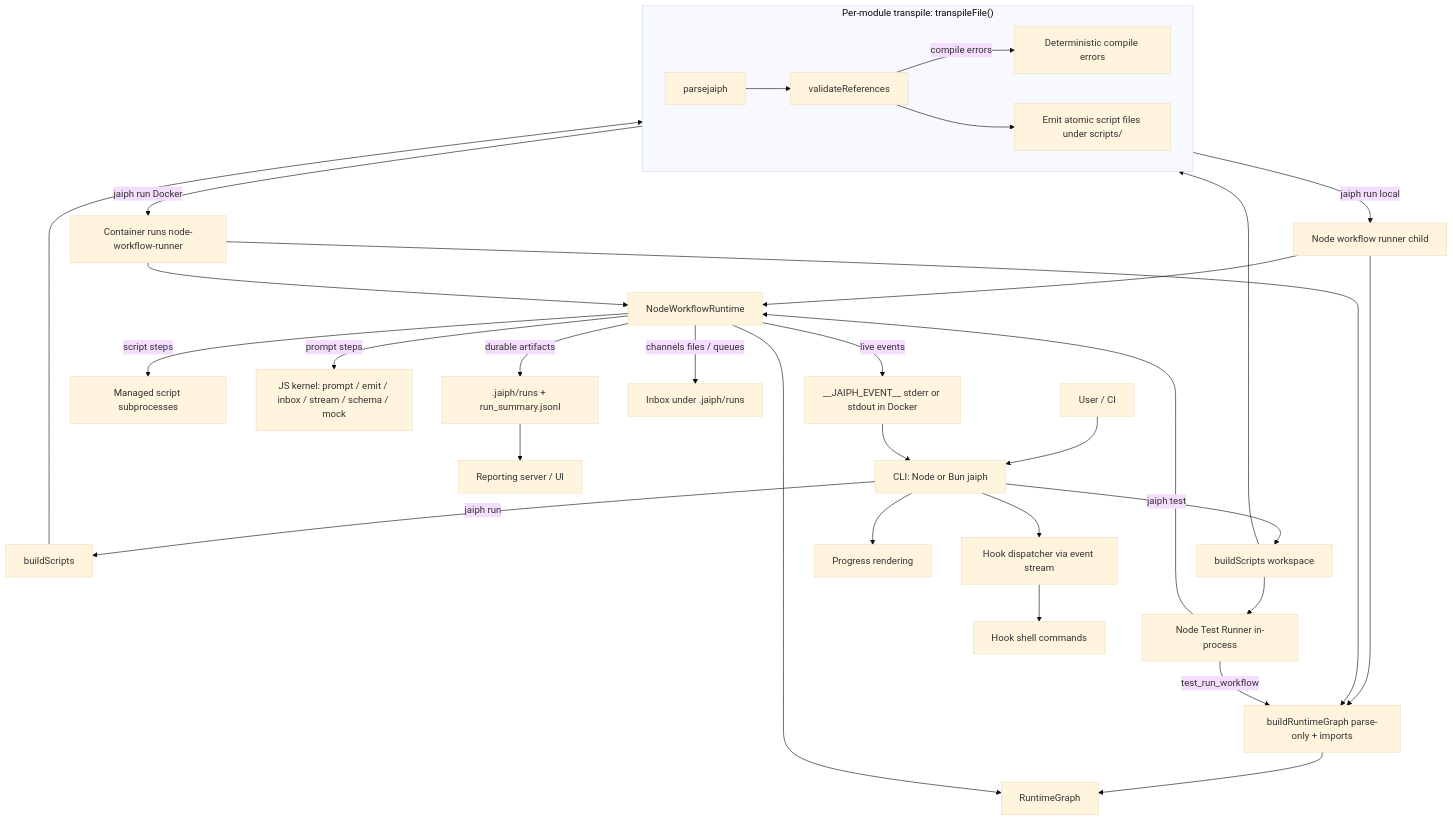
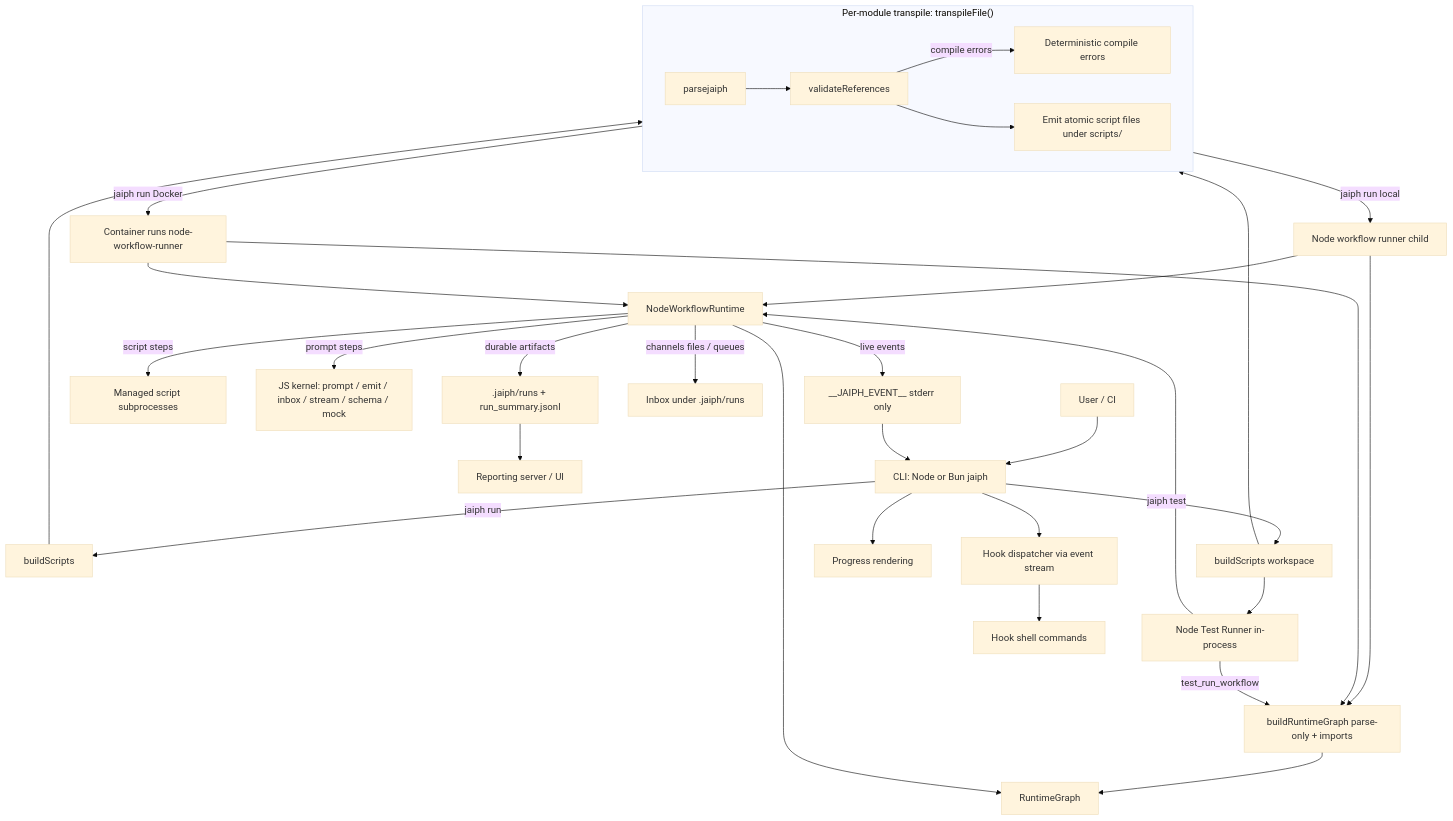
One commit to jaiphlang/jaiph changed the first of 3 diagrams in ARCHITECTURE.md. Above: the diagram before and after it, drawn with Mermaid (base theme). The commit also changed other lines of this file and 6 other files, not shown here.

First line of the commit message:
Refactor: Unify event channel to stderr-only for all run modes

````diff
--- a/ARCHITECTURE.md
+++ b/ARCHITECTURE.md
@@ -95,48 +95,48 @@
 ```mermaid
 flowchart TD
     U[User / CI] --> CLI[CLI: Node or Bun jaiph]
 
     subgraph Transpile["Per-module transpile: transpileFile()"]
         PARSE[parsejaiph]
         VAL[validateReferences]
         EMIT[Emit atomic script files under scripts/]
         PARSE --> VAL
         VAL -->|compile errors| ERR[Deterministic compile errors]
         VAL --> EMIT
     end
 
     CLI -->|jaiph run| BS1[buildScripts]
     BS1 --> Transpile
 
     CLI -->|jaiph test| BS2[buildScripts workspace]
     BS2 --> Transpile
     BS2 --> TR[Node Test Runner in-process]
 
     Transpile -->|jaiph run local| RW[Node workflow runner child]
     Transpile -->|jaiph run Docker| DC[Container runs node-workflow-runner]
 
     RW --> G[buildRuntimeGraph parse-only + imports]
     G --> GRAPH[RuntimeGraph]
     RW --> RT[NodeWorkflowRuntime]
     RT --> GRAPH
 
     DC --> G
     DC --> RT
 
     TR -->|test_run_workflow| G
     TR --> RT
 
     RT -->|script steps| SCRIPT[Managed script subprocesses]
     RT -->|prompt steps| KERNEL[JS kernel: prompt / emit / inbox / stream / schema / mock]
 
-    RT -->|live events| EV["__JAIPH_EVENT__ stderr or stdout in Docker"]
+    RT -->|live events| EV["__JAIPH_EVENT__ stderr only"]
     EV --> CLI
     CLI --> PR[Progress rendering]
 
     RT -->|channels files / queues| INBOX[Inbox under .jaiph/runs]
     RT -->|durable artifacts| SUM[.jaiph/runs + run_summary.jsonl]
     SUM --> REP[Reporting server / UI]
 
     CLI --> HK[Hook dispatcher via event stream]
     HK --> HPROC[Hook shell commands]
 ```
````
